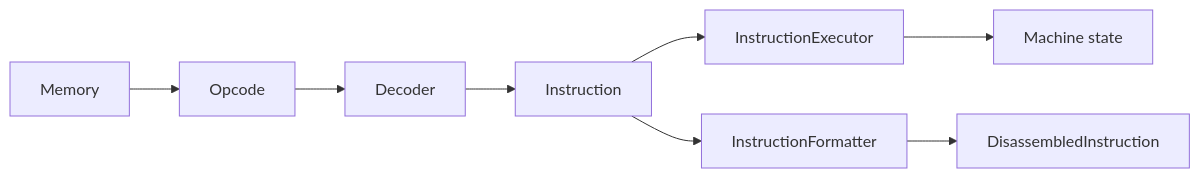
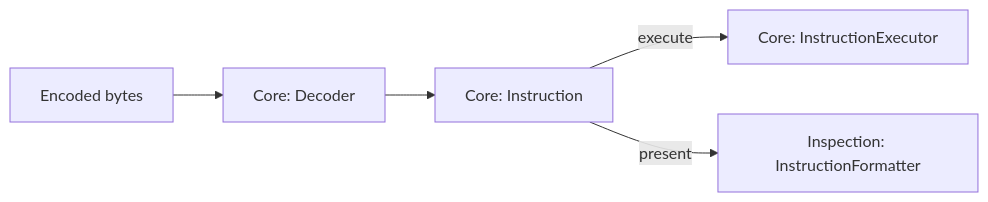
One commit to fa-ribeiro/Chip8NX changed the diagram in docs/architecture/disassembly.md. Above: the diagram before and after it, drawn with Mermaid. The commit also changed other lines of this file and 12 other files, not shown here.

Commit message:
refactor: extract passive inspection tooling from core

````diff
--- a/docs/architecture/disassembly.md
+++ b/docs/architecture/disassembly.md
@@ -53,19 +79,13 @@
 ```mermaid
 flowchart LR
-    Memory["Memory"]
-    Opcode["Opcode"]
-    Decoder["Decoder"]
-    Instruction["Instruction"]
-    Executor["InstructionExecutor"]
-    State["Machine state"]
-    Formatter["InstructionFormatter"]
-    Result["DisassembledInstruction"]
+    Bytes["Encoded bytes"]
+    Decoder["Core: Decoder"]
+    Instruction["Core: Instruction"]
+    Executor["Core: InstructionExecutor"]
+    Formatter["Inspection: InstructionFormatter"]
 
-    Memory --> Opcode
-    Opcode --> Decoder
+    Bytes --> Decoder
     Decoder --> Instruction
-    Instruction --> Executor
-    Executor --> State
-    Instruction --> Formatter
-    Formatter --> Result
+    Instruction -->|"execute"| Executor
+    Instruction -->|"present"| Formatter
 ```
````
